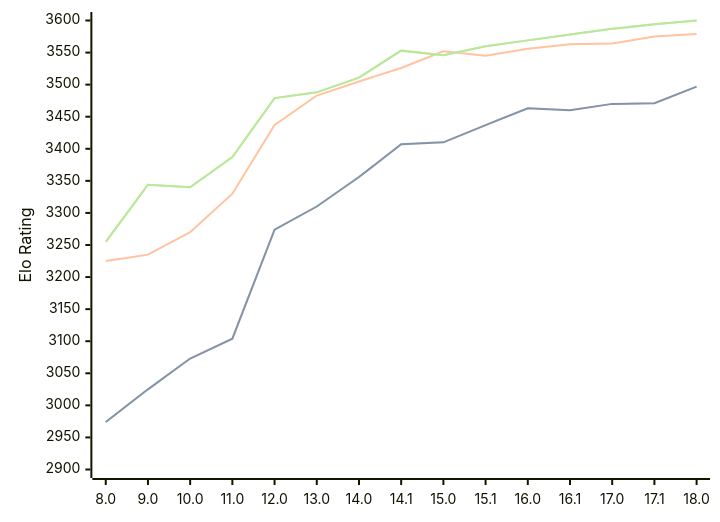
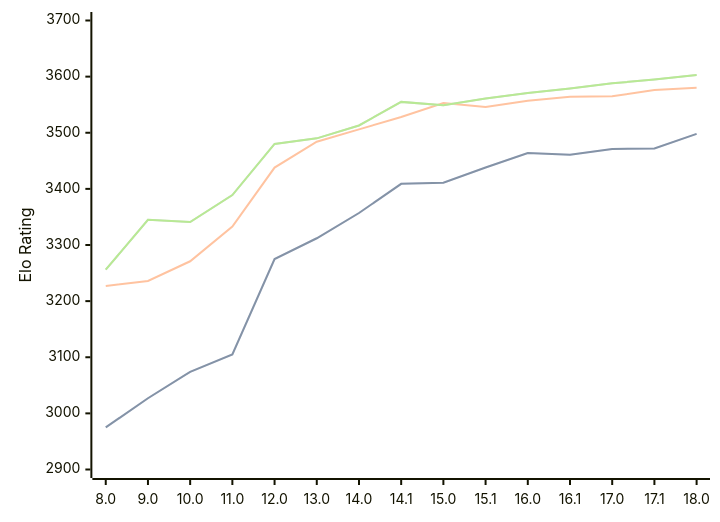
Before and after one commit to computer-chess-index/cci: the diagram in engines/Stockfish.md, drawn with Mermaid. The commit also changed other lines of this file, not shown here.

Commit message:
Update CCI Ratings (ELO VLTC) - 2026-08-15

````diff
--- a/engines/Stockfish.md
+++ b/engines/Stockfish.md
@@ -45,11 +45,11 @@
 ```mermaid
 %%{init: {"theme":"base","themeVariables":{"seriesColors:['#a3a3a3','#222221','#faa371']}}}%%
 xychart-beta
   x-axis ["8.0", "9.0", "10.0", "11.0", "12.0", "13.0", "14.0", "14.1", "15.0", "15.1", "16.0", "16.1", "17.0", "17.1", "18.0"]
-  y-axis "Elo Rating" 2900 --> 3600
-  line "STC (8.0+0.08s)" [2974, 3025, 3073, 3104, 3274, 3310, 3356, 3407, 3410, 3437, 3463, 3460, 3470, 3471, 3497]
-  line "STC (8.0+0.08s)" [2974, 3025, 3073, 3104, 3274, 3310, 3356, 3407, 3410, 3437, 3463, 3460, 3470, 3471, 3497]
-  line "LTC (60.0+0.60s)" [3225, 3235, 3270, 3330, 3437, 3483, 3505, 3526, 3552, 3545, 3556, 3563, 3564, 3575, 3579]
-  line "VLTC (2m24s+1.12s)" [3255, 3344, 3340, 3387, 3479, 3488, 3511, 3553, 3546, 3560, 3569, 3578, 3587, 3594, 3600]
-  line "VLTC (2m24s+1.12s)" [3255, 3344, 3340, 3387, 3479, 3488, 3511, 3553, 3546, 3560, 3569, 3578, 3587, 3594, 3600]
+  y-axis "Elo Rating" 2900 --> 3700
+  line "STC (8.0+0.08s)" [2975, 3027, 3074, 3105, 3275, 3312, 3357, 3409, 3411, 3438, 3464, 3461, 3471, 3472, 3498]
+  line "STC (8.0+0.08s)" [2975, 3027, 3074, 3105, 3275, 3312, 3357, 3409, 3411, 3438, 3464, 3461, 3471, 3472, 3498]
+  line "LTC (60.0+0.60s)" [3227, 3236, 3271, 3333, 3438, 3484, 3506, 3528, 3553, 3546, 3557, 3564, 3565, 3576, 3580]
+  line "VLTC (2m24s+1.12s)" [3256, 3345, 3341, 3389, 3480, 3490, 3513, 3555, 3549, 3561, 3571, 3579, 3588, 3595, 3603]
+  line "VLTC (2m24s+1.12s)" [3256, 3345, 3341, 3389, 3480, 3490, 3513, 3555, 3549, 3561, 3571, 3579, 3588, 3595, 3603]
 ```
````
